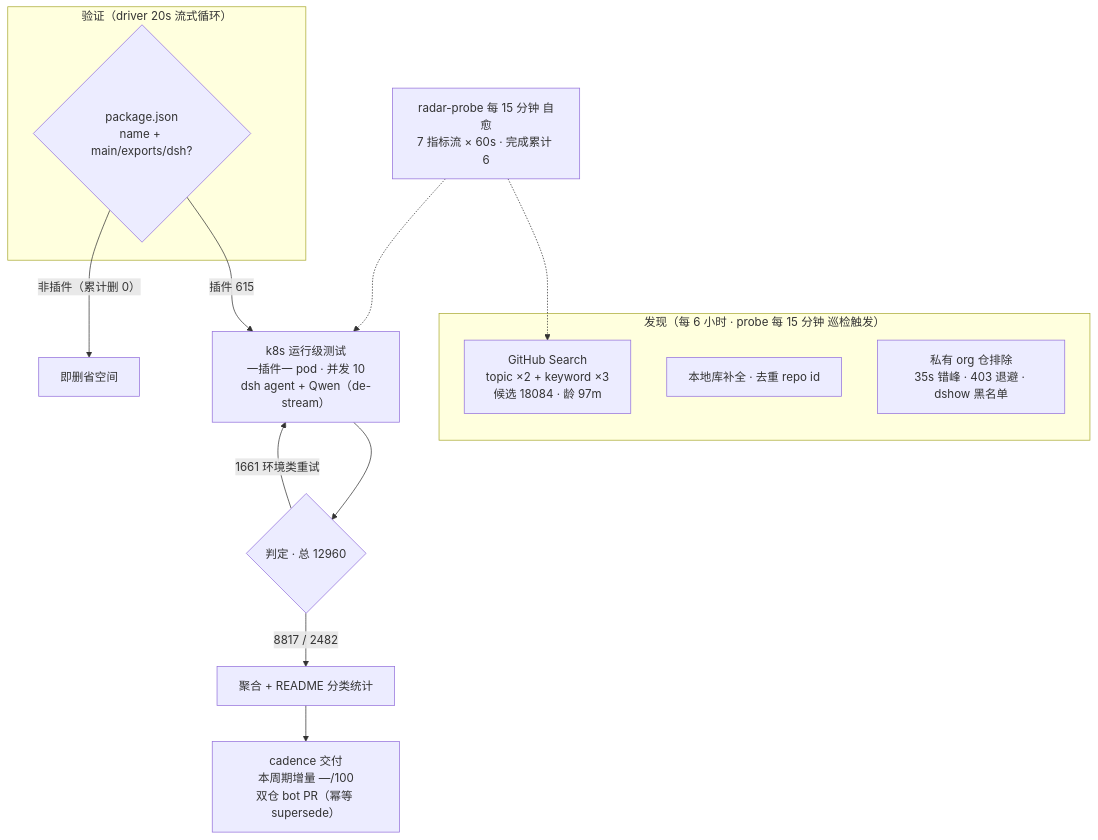
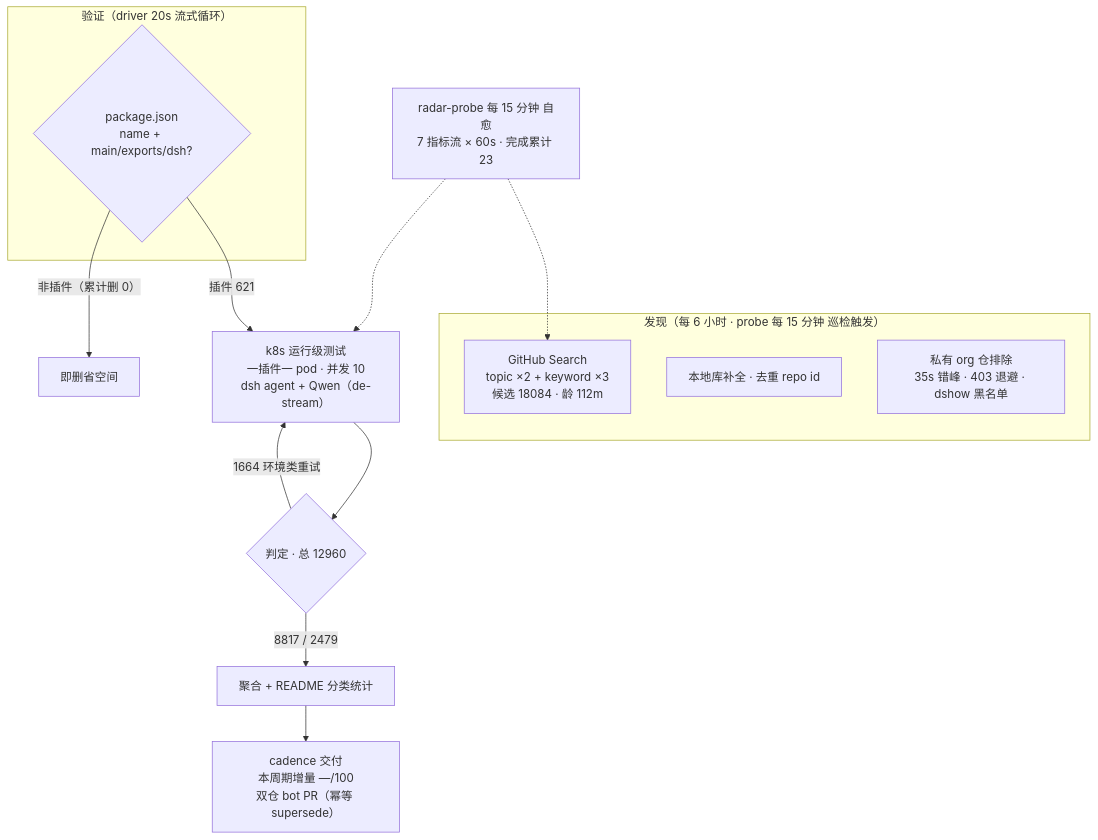
The diagram in README.md (AdamPlatin123/awesome-dsh-plugins), drawn with Mermaid before and after one commit. The commit also changed other lines of this file and 5 other files, not shown here.

````diff
--- a/README.md
+++ b/README.md
@@ -52,20 +52,20 @@
 ```mermaid
 flowchart TB
     subgraph Discovery["发现（每 6 小时 · probe 每 15 分钟 巡检触发）"]
-        A1["GitHub Search<br/>topic ×2 + keyword ×3<br/>候选 18084 · 龄 97m"]
+        A1["GitHub Search<br/>topic ×2 + keyword ×3<br/>候选 18084 · 龄 112m"]
         A2["本地库补全 · 去重 repo id"]
         A3["私有 org 仓排除<br/>35s 错峰 · 403 退避 · dshow 黑名单"]
     end
     subgraph Validation["验证（driver 20s 流式循环）"]
         B1{"package.json<br/>name + main/exports/dsh?"}
     end
-    B1 -->|"插件 615"| C1["k8s 运行级测试<br/>一插件一 pod · 并发 10<br/>dsh agent + Qwen（de-stream）"]
+    B1 -->|"插件 621"| C1["k8s 运行级测试<br/>一插件一 pod · 并发 10<br/>dsh agent + Qwen（de-stream）"]
     B1 -->|"非插件（累计删 0）"| B3["即删省空间"]
     C1 --> D1{"判定 · 总 12960"}
-    D1 -->|"8817 / 2482"| E1["聚合 + README 分类统计"]
-    D1 -->|"1661 环境类重试"| C1
+    D1 -->|"8817 / 2479"| E1["聚合 + README 分类统计"]
+    D1 -->|"1664 环境类重试"| C1
     E1 --> E2["cadence 交付<br/>本周期增量 —/100<br/>双仓 bot PR（幂等 supersede）"]
-    M["radar-probe 每 15 分钟 自愈<br/>7 指标流 × 60s · 完成累计 6"]
+    M["radar-probe 每 15 分钟 自愈<br/>7 指标流 × 60s · 完成累计 23"]
     M -.-> A1
     M -.-> C1
 ```
````
